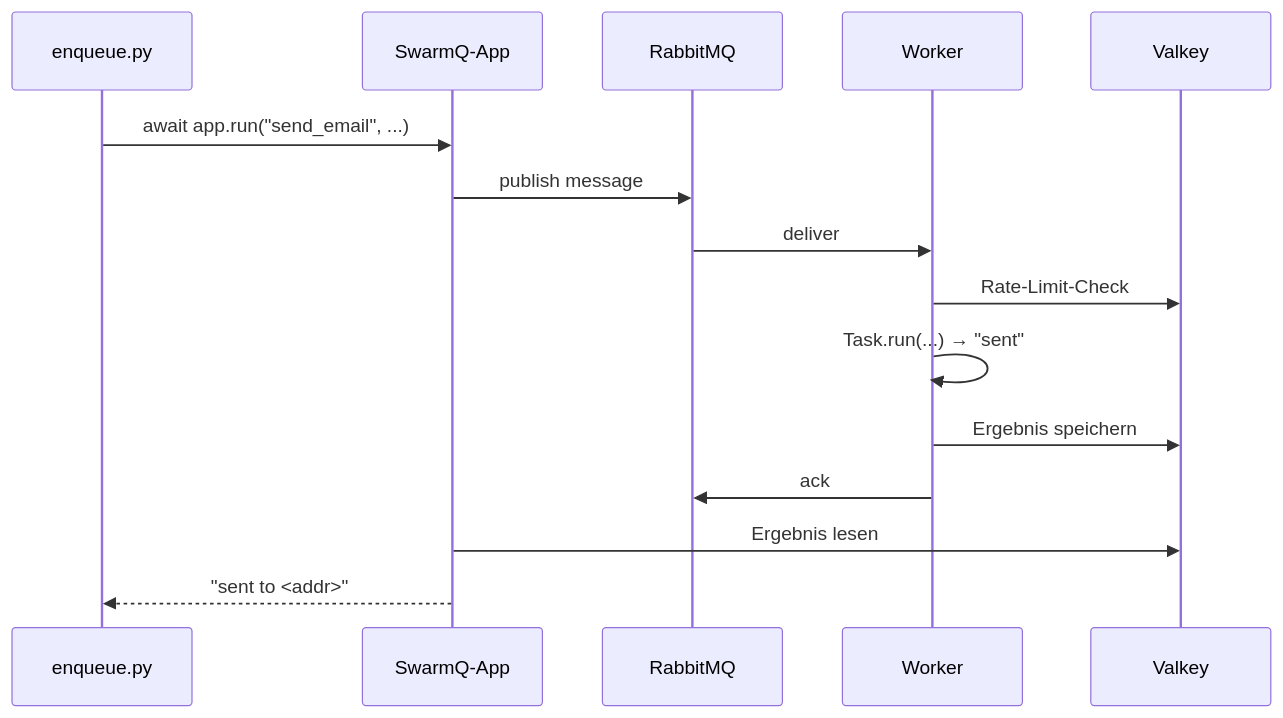
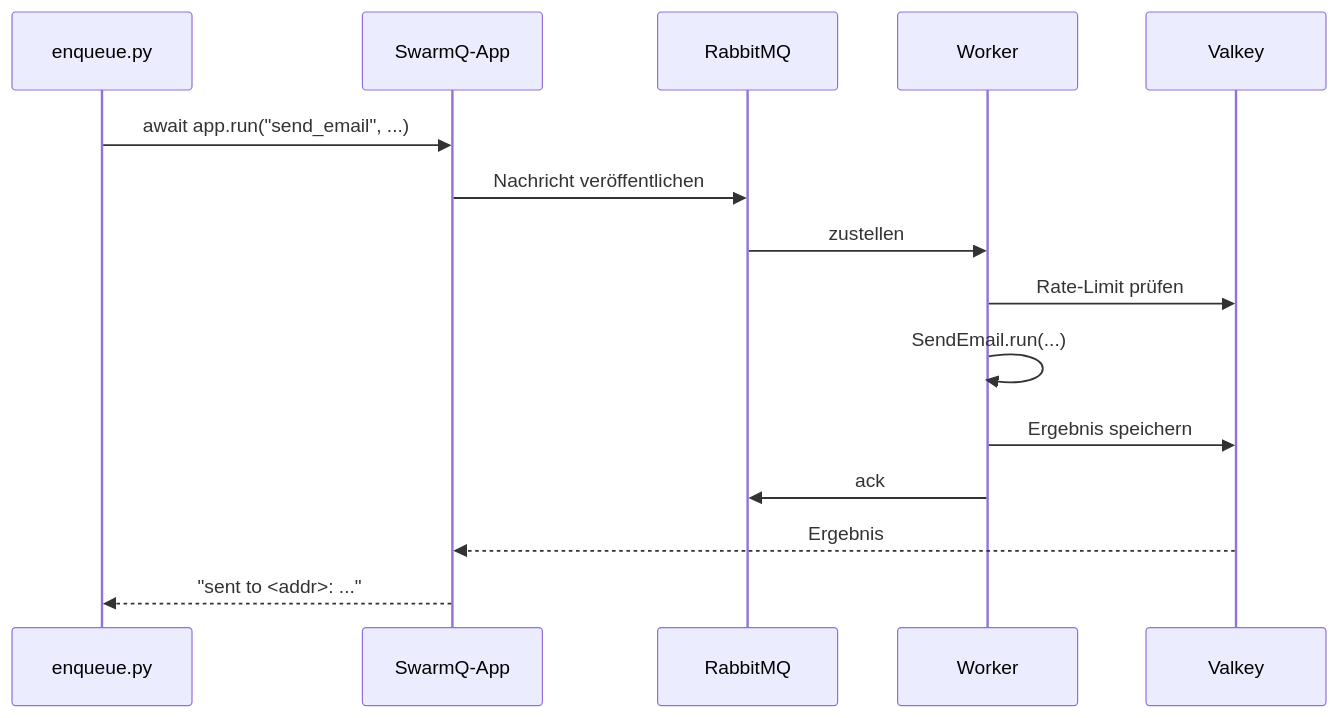
The diagram in website/tutorials/first-email-worker.de.md (Schorschofwill/swarmq), drawn with Mermaid before and after one commit. The commit also changed other lines of this file and 84 other files, not shown here.

````diff
--- a/website/tutorials/first-email-worker.de.md
+++ b/website/tutorials/first-email-worker.de.md
@@ -15,18 +14,18 @@
 ```mermaid
 sequenceDiagram
     participant Script as enqueue.py
     participant App as SwarmQ-App
     participant MQ as RabbitMQ
     participant W as Worker
     participant V as Valkey
 
     Script->>App: await app.run("send_email", ...)
-    App->>MQ: publish message
-    MQ->>W: deliver
-    W->>V: Rate-Limit-Check
-    W->>W: Task.run(...) → "sent"
+    App->>MQ: Nachricht veröffentlichen
+    MQ->>W: zustellen
+    W->>V: Rate-Limit prüfen
+    W->>W: SendEmail.run(...)
     W->>V: Ergebnis speichern
     W->>MQ: ack
-    App->>V: Ergebnis lesen
-    App-->>Script: "sent to <addr>"
+    V-->>App: Ergebnis
+    App-->>Script: "sent to <addr>: ..."
 ```
````
